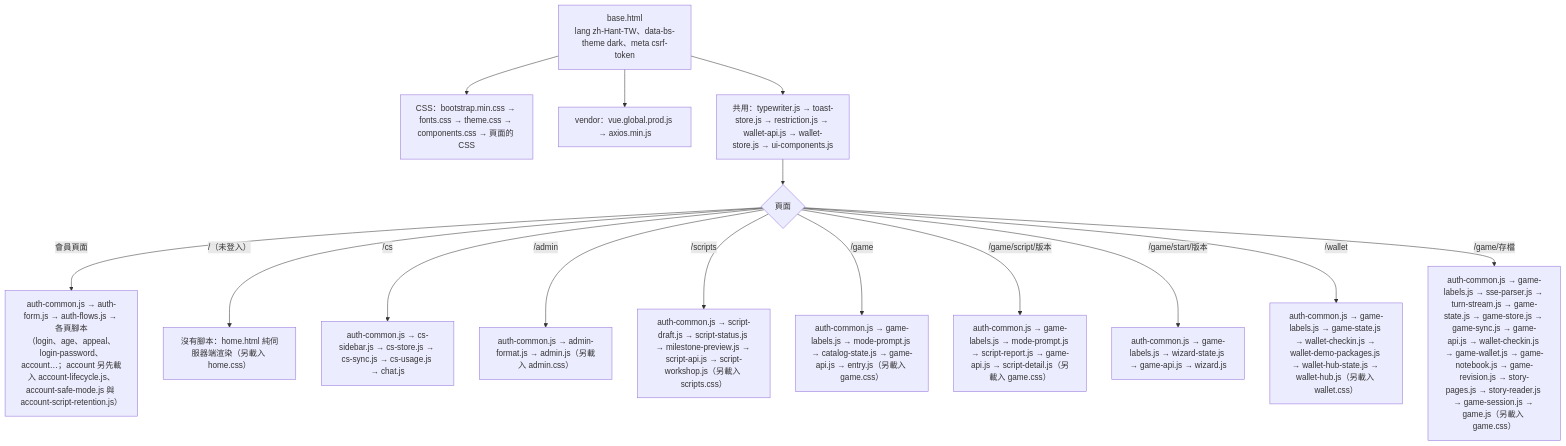
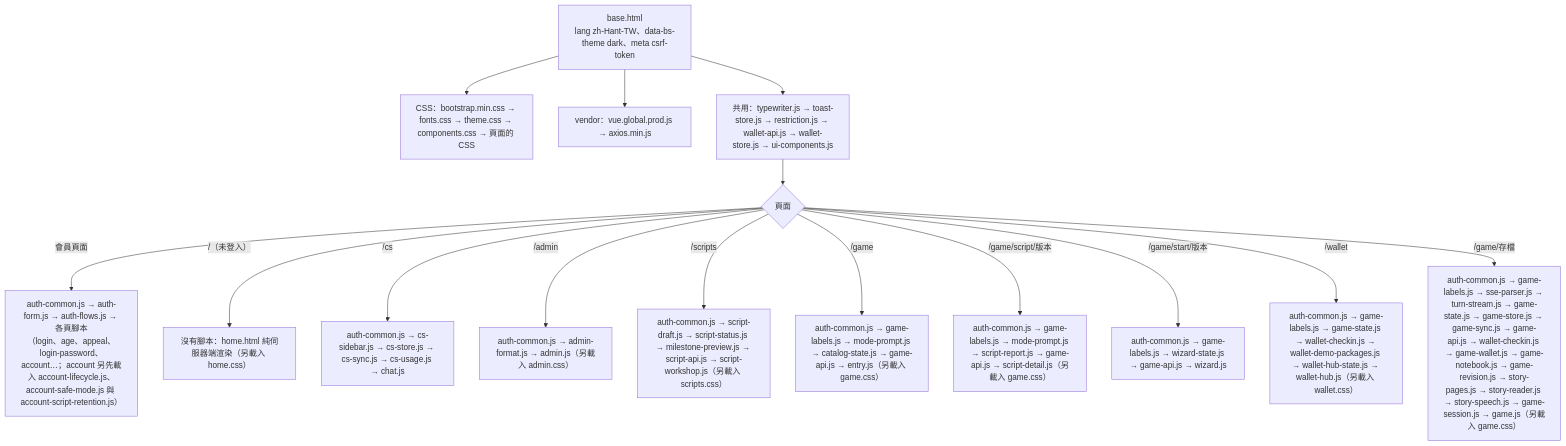
Before and after one commit to pp466pp466/R.A.C: the first of 15 diagrams in docs/前端結構-frontend.md, drawn with Mermaid. The commit also changed other lines of this file and 3 other files, not shown here.

````diff
--- a/docs/前端結構-frontend.md
+++ b/docs/前端結構-frontend.md
@@ -17,18 +18,18 @@
 ```mermaid
 flowchart TD
     Base["base.html<br/>lang zh-Hant-TW、data-bs-theme dark、meta csrf-token"]
     Base --> Css["CSS：bootstrap.min.css → fonts.css → theme.css → components.css → 頁面的 CSS"]
     Base --> Vendor["vendor：vue.global.prod.js → axios.min.js"]
     Base --> Ui["共用：typewriter.js → toast-store.js → restriction.js → wallet-api.js → wallet-store.js → ui-components.js"]
     Ui --> Page{"頁面"}
     Page -->|"會員頁面"| Auth["auth-common.js → auth-form.js → auth-flows.js → 各頁腳本<br/>（login、age、appeal、login-password、account…；account 另先載入 account-lifecycle.js、account-safe-mode.js 與 account-script-retention.js）"]
     Page -->|"/（未登入）"| Home["沒有腳本：home.html 純伺服器端渲染（另載入 home.css）"]
     Page -->|"/cs"| Cs["auth-common.js → cs-sidebar.js → cs-store.js → cs-sync.js → cs-usage.js → chat.js"]
     Page -->|"/admin"| Adm["auth-common.js → admin-format.js → admin.js（另載入 admin.css）"]
     Page -->|"/scripts"| Scr["auth-common.js → script-draft.js → script-status.js → milestone-preview.js → script-api.js → script-workshop.js（另載入 scripts.css）"]
     Page -->|"/game"| Gm["auth-common.js → game-labels.js → mode-prompt.js → catalog-state.js → game-api.js → entry.js（另載入 game.css）"]
     Page -->|"/game/script/版本"| Sdt["auth-common.js → game-labels.js → mode-prompt.js → script-report.js → game-api.js → script-detail.js（另載入 game.css）"]
     Page -->|"/game/start/版本"| Wzd["auth-common.js → game-labels.js → wizard-state.js → game-api.js → wizard.js"]
     Page -->|"/wallet"| Wlt["auth-common.js → game-labels.js → game-state.js → wallet-checkin.js → wallet-demo-packages.js → wallet-hub-state.js → wallet-hub.js（另載入 wallet.css）"]
-    Page -->|"/game/存檔"| Gsv["auth-common.js → game-labels.js → sse-parser.js → turn-stream.js → game-state.js → game-store.js → game-sync.js → game-api.js → wallet-checkin.js → game-wallet.js → game-notebook.js → game-revision.js → story-pages.js → story-reader.js → game-session.js → game.js（另載入 game.css）"]
+    Page -->|"/game/存檔"| Gsv["auth-common.js → game-labels.js → sse-parser.js → turn-stream.js → game-state.js → game-store.js → game-sync.js → game-api.js → wallet-checkin.js → game-wallet.js → game-notebook.js → game-revision.js → story-pages.js → story-reader.js → story-speech.js → game-session.js → game.js（另載入 game.css）"]
 ```
````
